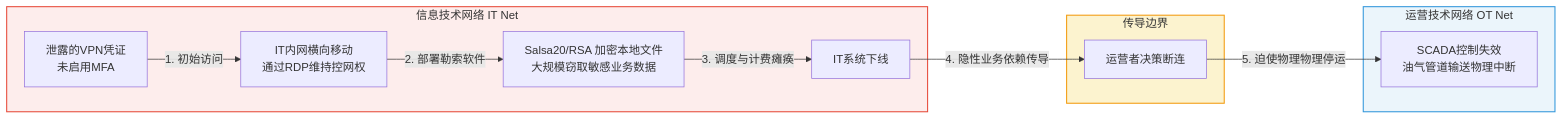
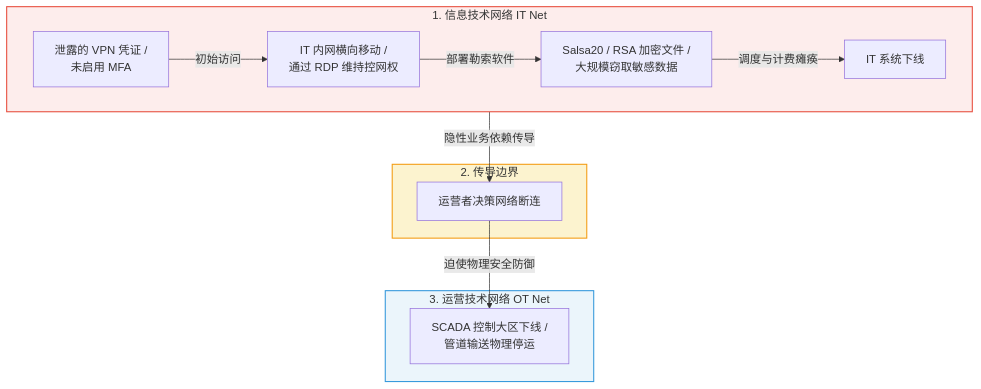
Before and after one commit to Bo331/power-data-breach-literature: the first of 3 diagrams in 05_正式资料原文/02_AI提取与汇编/02_DarkSide勒索软件_防止业务中断最佳实践_深度精读.md, drawn with Mermaid. The commit also changed other lines of this file and 1 other file, not shown here.

Commit message:
style: optimize layout to balance diagram sizes and prevent shrinking/stretching

````diff
--- a/05_正式资料原文/02_AI提取与汇编/02_DarkSide勒索软件_防止业务中断最佳实践_深度精读.md
+++ b/05_正式资料原文/02_AI提取与汇编/02_DarkSide勒索软件_防止业务中断最佳实践_深度精读.md
@@ -13,20 +13,21 @@
 ```mermaid
-graph LR
-    subgraph IT_Network [信息技术网络 IT Net]
-        A[泄露的VPN凭证\n未启用MFA] -->|1. 初始访问| B[IT内网横向移动\n通过RDP维持控网权]
-        B -->|2. 部署勒索软件| C[Salsa20/RSA 加密本地文件\n大规模窃取敏感业务数据]
-        C -->|3. 调度与计费瘫痪| D[IT系统下线]
+flowchart TD
+    subgraph IT_Network [" 1. 信息技术网络 IT Net "]
+        direction LR
+        A[" 泄露的 VPN 凭证 /<br/> 未启用 MFA "] -->|初始访问| B[" IT 内网横向移动 /<br/> 通过 RDP 维持控网权 "]
+        B -->|部署勒索软件| C[" Salsa20 / RSA 加密文件 /<br/> 大规模窃取敏感数据 "]
+        C -->|调度与计费瘫痪| D[" IT 系统下线 "]
     end
 
-    subgraph Boundaries [传导边界]
-        D -->|4. 隐性业务依赖传导| E[运营者决策断连]
+    subgraph Boundaries [" 2. 传导边界 "]
+        D -->|隐性业务依赖传导| E[" 运营者决策网络断连 "]
     end
 
-    subgraph OT_Network [运营技术网络 OT Net]
-        E -->|5. 迫使物理物理停运| F[SCADA控制失效\n油气管道输送物理中断]
+    subgraph OT_Network [" 3. 运营技术网络 OT Net "]
+        E -->|迫使物理安全防御| F[" SCADA 控制大区下线 /<br/> 管道输送物理停运 "]
     end
 
     style IT_Network fill:#fdedec,stroke:#e74c3c,stroke-width:1.5px
     style Boundaries fill:#fcf3cf,stroke:#f39c12,stroke-width:1.5px
     style OT_Network fill:#ebf5fb,stroke:#3498db,stroke-width:1.5px
 ```
````
